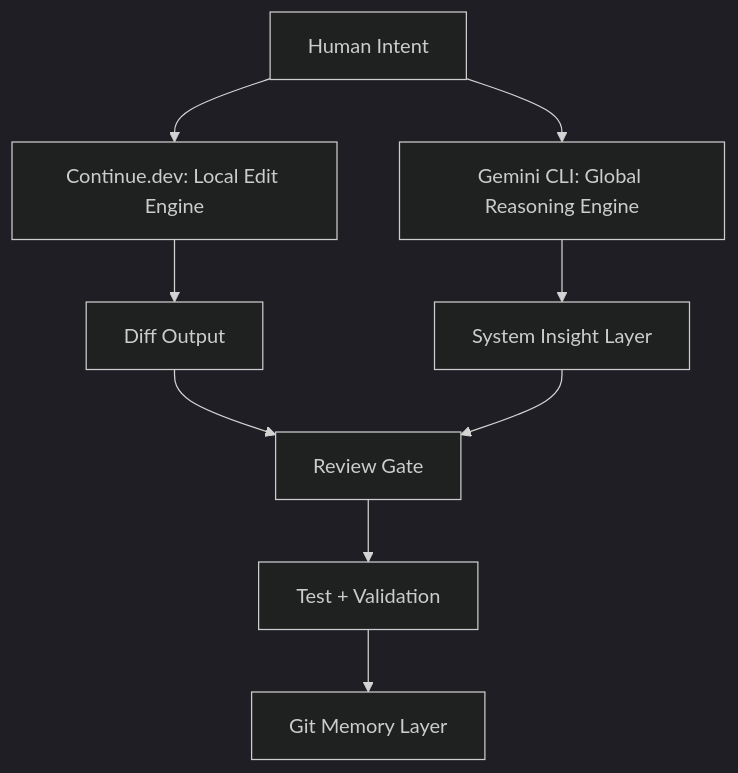
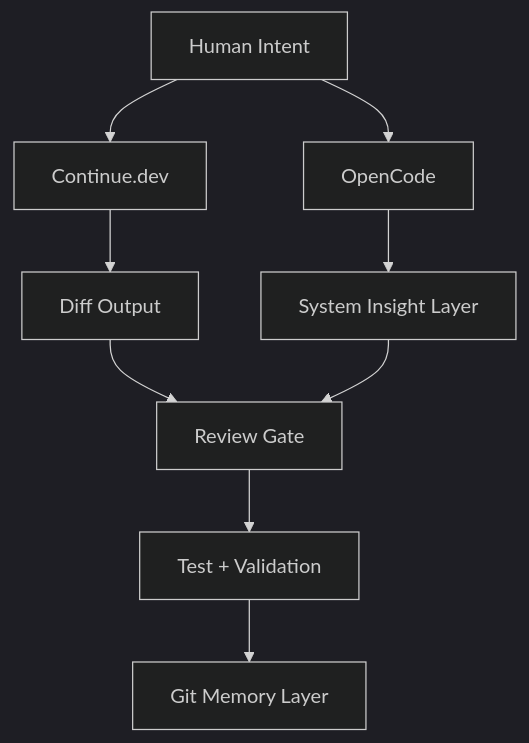
One commit to seanwhs/Plans changed the third of 3 diagrams in Coding-with-AI/Co-develop-with-AI.md. Above: the diagram before and after it, drawn with Mermaid (dark theme). The commit also changed other lines of this file, not shown here.

````diff
--- a/Coding-with-AI/Co-develop-with-AI.md
+++ b/Coding-with-AI/Co-develop-with-AI.md
@@ -225,14 +212,14 @@
 ```mermaid
 flowchart TD
-    H[Human Intent] --> C[Continue.dev: Local Edit Engine]
-    H --> G[Gemini CLI: Global Reasoning Engine]
+    H[Human Intent] --> C[Continue.dev]
+    H --> O[OpenCode]
 
     C --> D[Diff Output]
-    G --> A[System Insight Layer]
+    O --> A[System Insight Layer]
 
     D --> R[Review Gate]
     A --> R
 
     R --> T[Test + Validation]
     T --> GH[Git Memory Layer]
 ```
````
